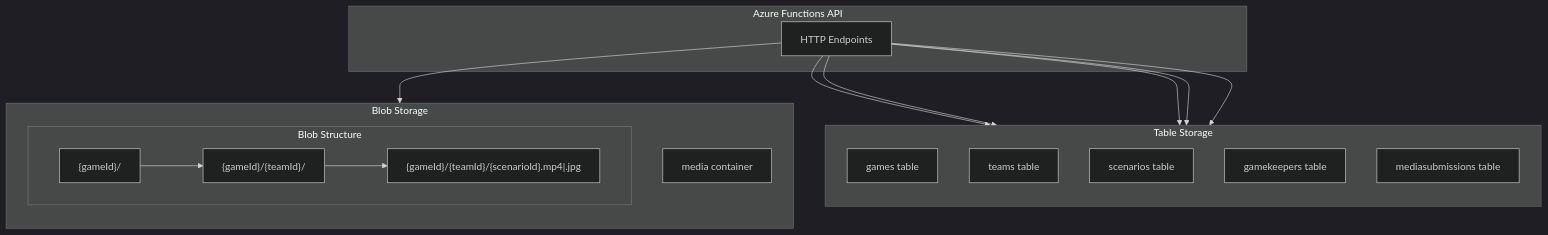
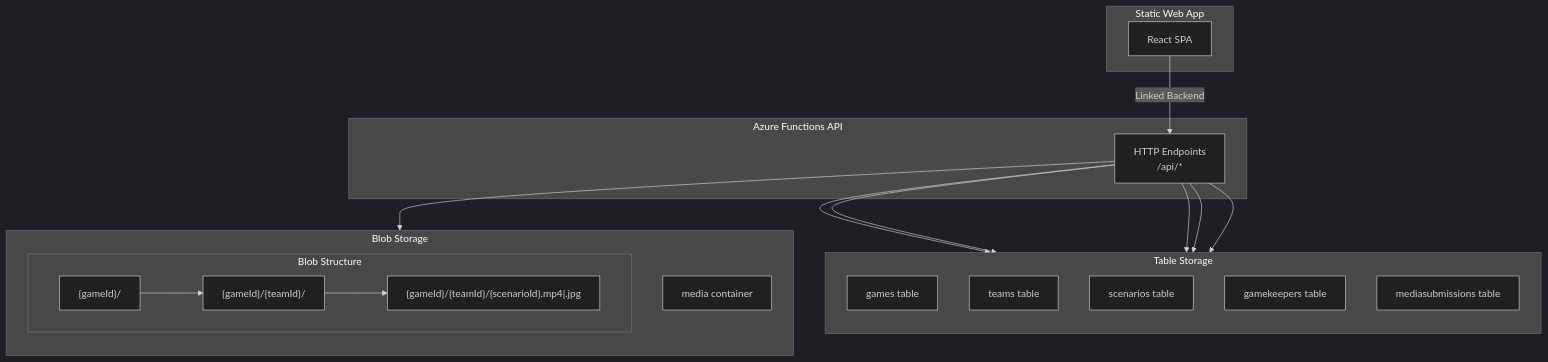
The first of 3 diagrams in docs/STORAGE.md (kurtzeborn/scavenger-hunt), drawn with Mermaid (dark theme) before and after one commit. The commit also changed other lines of this file and 2 other files, not shown here.

Commit message:
Update docs to reflect deployed architecture: SWA Standard, linked backend, proxied uploads

````diff
--- a/docs/STORAGE.md
+++ b/docs/STORAGE.md
@@ -11,33 +13,38 @@
 ```mermaid
 flowchart TB
+    subgraph "Static Web App"
+        SPA["React SPA"]
+    end
+    
     subgraph "Azure Functions API"
-        API["HTTP Endpoints"]
+        API["HTTP Endpoints<br/>/api/*"]
     end
 
     subgraph "Table Storage"
         direction TB
         Games["games table"]
         Teams["teams table"]
         Scenarios["scenarios table"]
         GameKeepers["gamekeepers table"]
         MediaSubs["mediasubmissions table"]
     end
 
     subgraph "Blob Storage"
         direction TB
         MediaContainer["media container"]
         subgraph "Blob Structure"
             GameFolder["{gameId}/"]
             TeamFolder["{gameId}/{teamId}/"]
             MediaBlob["{gameId}/{teamId}/{scenarioId}.mp4|.jpg"]
         end
     end
 
+    SPA -->|"Linked Backend"| API
     API --> Games
     API --> Teams
     API --> Scenarios
     API --> GameKeepers
     API --> MediaSubs
     API --> MediaContainer
     GameFolder --> TeamFolder --> MediaBlob
 ```
````
